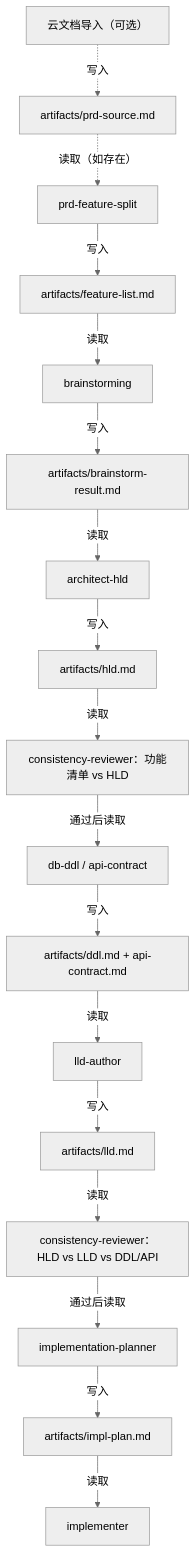
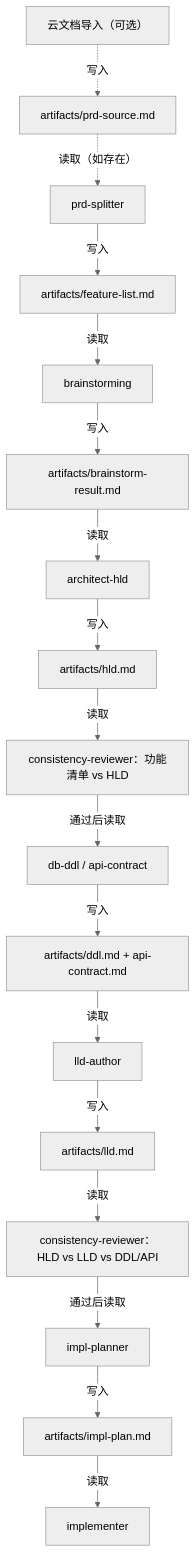
One commit to aiLi0617/harness-v2 changed the second of 4 diagrams in README.md. Above: the diagram before and after it, drawn with Mermaid (neutral theme). The commit also changed other lines of this file and 173 other files, not shown here.

````diff
--- a/README.md
+++ b/README.md
@@ -256,19 +259,19 @@
 ```mermaid
 flowchart TD
     IMP0["云文档导入（可选）"] -.->|"写入"| A0["artifacts/prd-source.md"]
-    A0 -.->|"读取（如存在）"| PFS["prd-feature-split"]
+    A0 -.->|"读取（如存在）"| PFS["prd-splitter"]
     PFS -->|"写入"| A1["artifacts/feature-list.md"]
     A1 -->|"读取"| BS["brainstorming"]
     BS -->|"写入"| A2["artifacts/brainstorm-result.md"]
     A2 -->|"读取"| HLD["architect-hld"]
     HLD -->|"写入"| A3["artifacts/hld.md"]
     A3 -->|"读取"| CR1["consistency-reviewer：功能清单 vs HLD"]
     CR1 -->|"通过后读取"| DDL["db-ddl / api-contract"]
     DDL -->|"写入"| A4["artifacts/ddl.md + api-contract.md"]
     A4 -->|"读取"| LLD["lld-author"]
     LLD -->|"写入"| A5["artifacts/lld.md"]
     A5 -->|"读取"| CR2["consistency-reviewer：HLD vs LLD vs DDL/API"]
-    CR2 -->|"通过后读取"| IP["implementation-planner"]
+    CR2 -->|"通过后读取"| IP["impl-planner"]
     IP -->|"写入"| A6["artifacts/impl-plan.md"]
     A6 -->|"读取"| IMP["implementer"]
 ```
````
